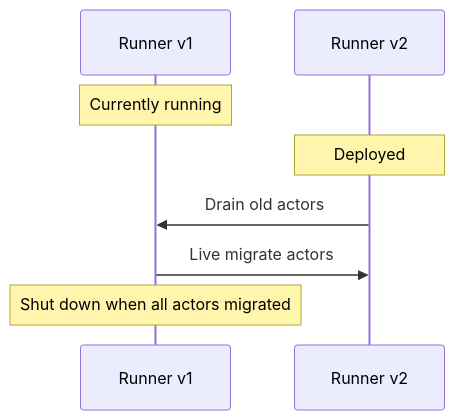
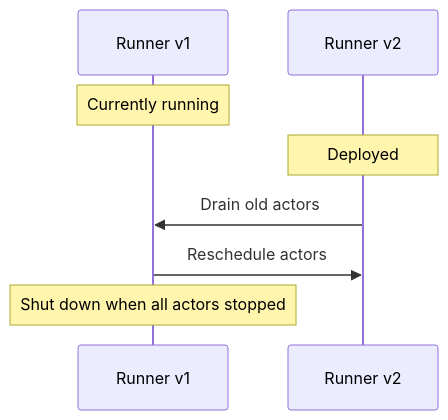
One commit to rivet-dev/rivet changed the first of 2 diagrams in website/src/content/docs/actors/versions.mdx. Above: the diagram before and after it, drawn with Mermaid. The commit also changed other lines of this file and 35 other files, not shown here.

````diff
--- a/website/src/content/docs/actors/versions.mdx
+++ b/website/src/content/docs/actors/versions.mdx
@@ -31,11 +31,11 @@
 ```mermaid
 sequenceDiagram
     participant R1 as Runner v1
     participant R2 as Runner v2
 
     Note over R1: Currently running
     Note over R2: Deployed
 	R2->>R1: Drain old actors
-    R1->>R2: Live migrate actors
-    Note over R1: Shut down when all actors migrated
+    R1->>R2: Reschedule actors
+    Note over R1: Shut down when all actors stopped
 ```
````
